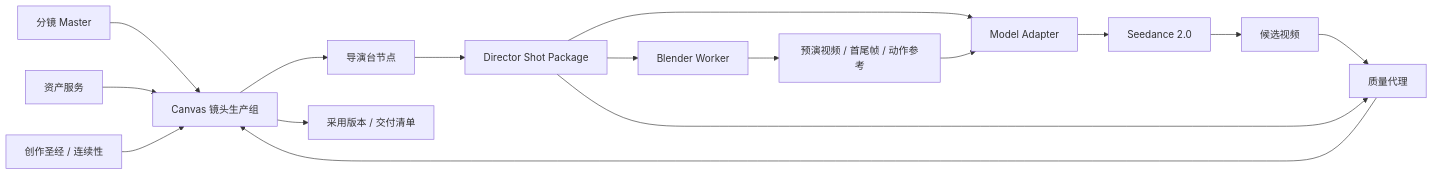
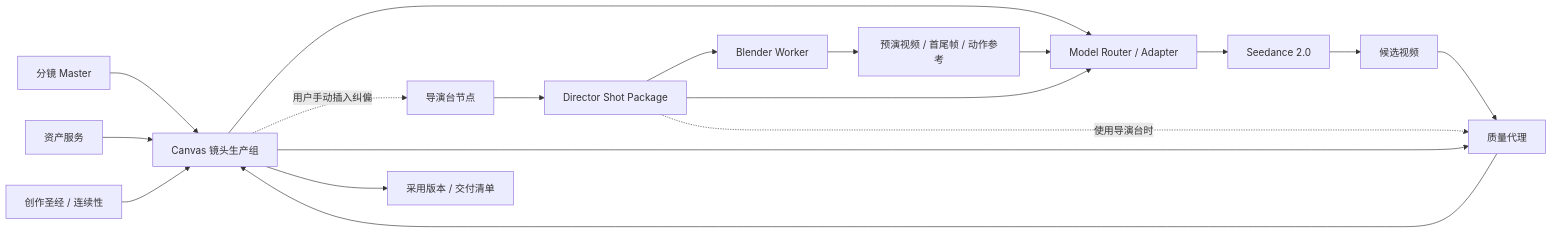
One commit to chuck0824/ai-comic-platform changed the diagram in docs/superpowers/specs/2026-07-05-canvas-director-seedance-blender-design.md. Above: the diagram before and after it, drawn with Mermaid. The commit also changed other lines of this file, not shown here.

Commit message:
docs: extend canvas model node design

````diff
--- a/docs/superpowers/specs/2026-07-05-canvas-director-seedance-blender-design.md
+++ b/docs/superpowers/specs/2026-07-05-canvas-director-seedance-blender-design.md
@@ -101,18 +112,20 @@
 ```mermaid
 flowchart LR
     S["分镜 Master"] --> C["Canvas 镜头生产组"]
     A["资产服务"] --> C
     B["创作圣经 / 连续性"] --> C
-    C --> D["导演台节点"]
+    C --> AD["Model Router / Adapter"]
+    C -. "用户手动插入纠偏" .-> D["导演台节点"]
     D --> P["Director Shot Package"]
     P --> BW["Blender Worker"]
     BW --> R["预演视频 / 首尾帧 / 动作参考"]
-    P --> AD["Model Adapter"]
+    P --> AD
     R --> AD
     AD --> SD["Seedance 2.0"]
     SD --> V["候选视频"]
     V --> Q["质量代理"]
-    P --> Q
+    C --> Q
+    P -. "使用导演台时" .-> Q
     Q --> C
     C --> M["采用版本 / 交付清单"]
 ```
````
